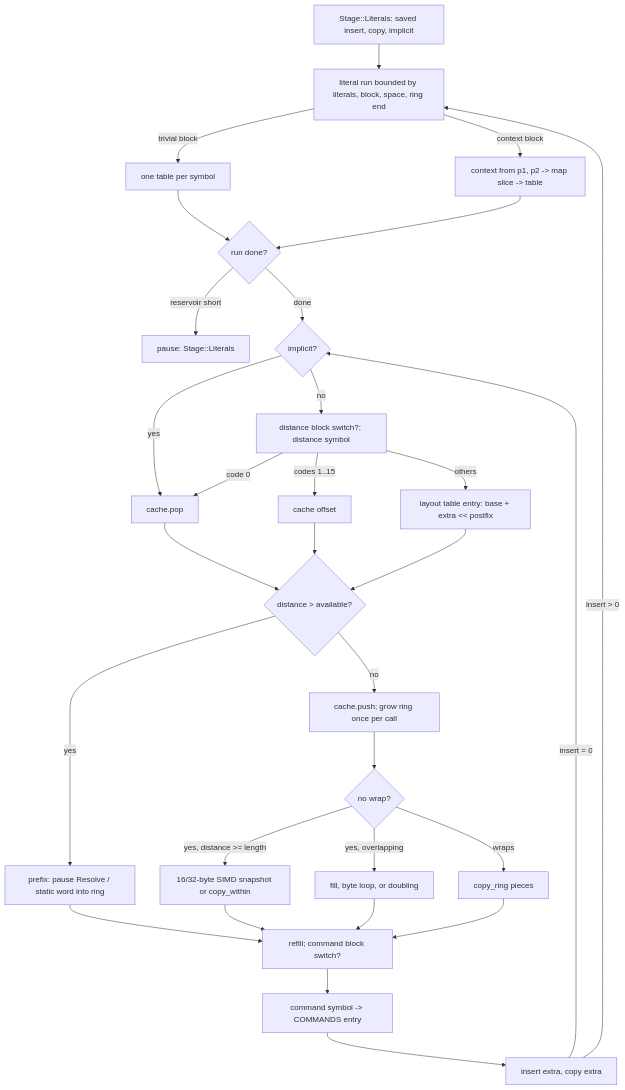
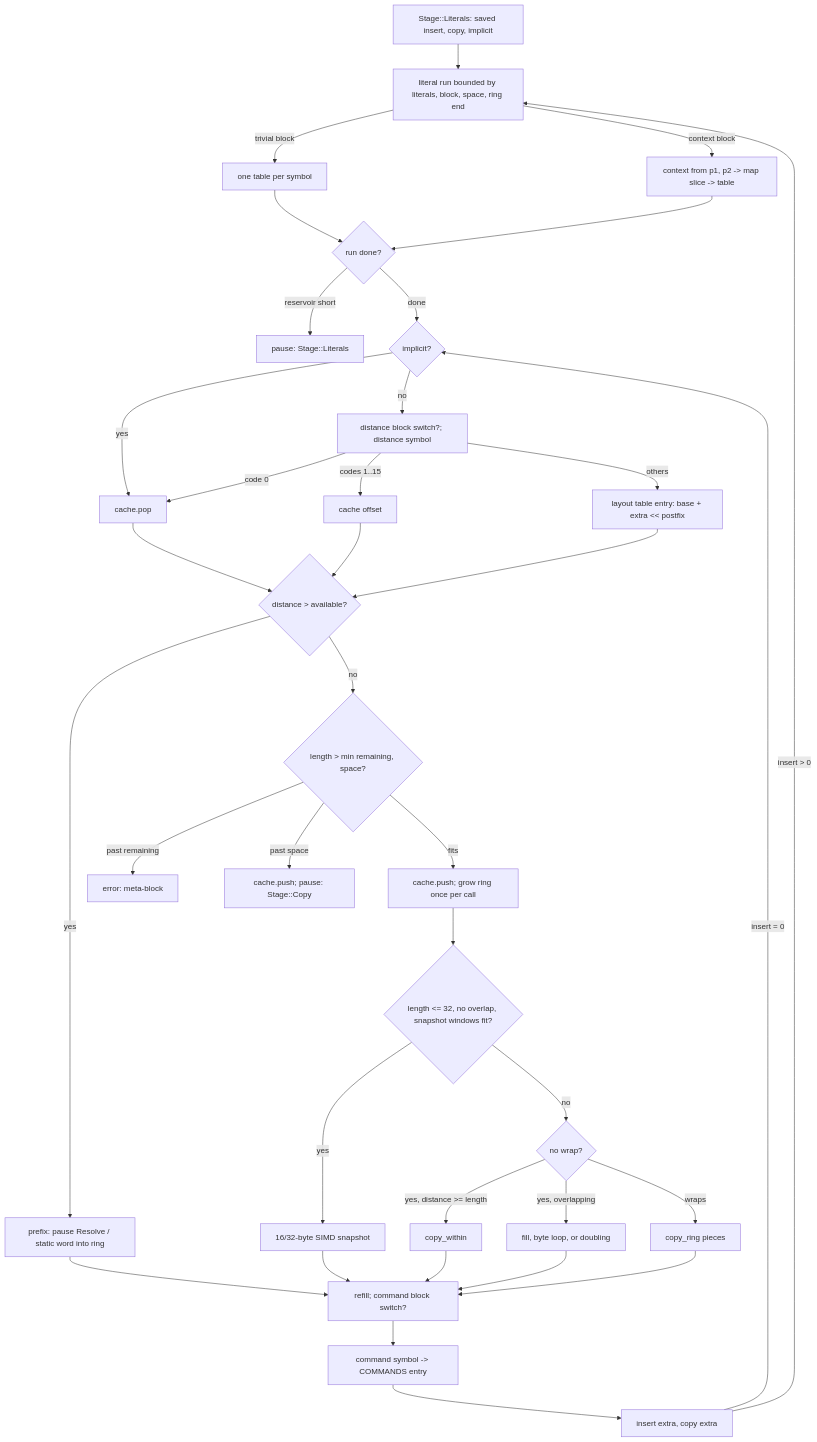
One commit to M-Compressors/mbrotli changed the fifth of 10 diagrams in architecture/decompressor.md. Above: the diagram before and after it, drawn with Mermaid. The commit also changed other lines of this file and 6 other files, not shown here.

````diff
--- a/architecture/decompressor.md
+++ b/architecture/decompressor.md
@@ -285,32 +291,38 @@
 ```mermaid
 flowchart TD
     Resume[Stage::Literals: saved insert, copy, implicit] --> Lit
     Start[refill; command block switch?] --> Cmd[command symbol -> COMMANDS entry]
     Cmd --> Extra[insert extra, copy extra]
     Extra -->|insert > 0| Lit[literal run bounded by literals, block, space, ring end]
     Lit -->|trivial block| One[one table per symbol]
     Lit -->|context block| Ctx[context from p1, p2 -> map slice -> table]
     One --> More{run done?}
     Ctx --> More
     More -->|reservoir short| PauseL[pause: Stage::Literals]
     More -->|done| Dist
     Extra -->|insert = 0| Dist{implicit?}
     Dist -->|yes| Pop[cache.pop]
     Dist -->|no| Sym[distance block switch?; distance symbol]
     Sym -->|code 0| Pop
     Sym -->|codes 1..15| Short[cache offset]
     Sym -->|others| Tab[layout table entry: base + extra << postfix]
     Pop --> Ref
     Short --> Ref
     Tab --> Ref{distance > available?}
     Ref -->|yes| Dict[prefix: pause Resolve / static word into ring]
-    Ref -->|no| Push[cache.push; grow ring once per call]
-    Push --> Copy{no wrap?}
-    Copy -->|yes, distance >= length| Word[16/32-byte SIMD snapshot or copy_within]
+    Ref -->|no| Limit{length > min remaining, space?}
+    Limit -->|past remaining| Corrupt[error: meta-block]
+    Limit -->|past space| PauseC[cache.push; pause: Stage::Copy]
+    Limit -->|fits| Push[cache.push; grow ring once per call]
+    Push --> Snap{length <= 32, no overlap, snapshot windows fit?}
+    Snap -->|yes| Word[16/32-byte SIMD snapshot]
+    Snap -->|no| Copy{no wrap?}
+    Copy -->|yes, distance >= length| Exact[copy_within]
     Copy -->|yes, overlapping| Overlap[fill, byte loop, or doubling]
     Copy -->|wraps| Ring[copy_ring pieces]
     Word --> Start
+    Exact --> Start
     Overlap --> Start
     Ring --> Start
     Dict --> Start
 ```
````
